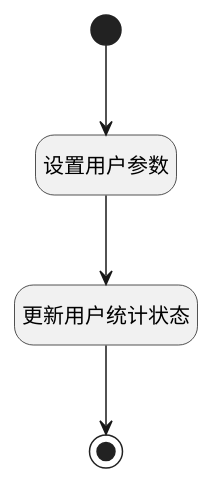
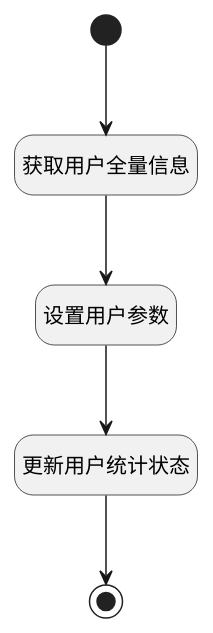
The diagram in doc/docsify/module/Base/user/logic/set_report_flag.md (iBizLab/plm), drawn with PlantUML before and after one commit. The commit also changed other lines of this file and 1276 other files, not shown here.

````diff
--- a/doc/docsify/module/Base/user/logic/set_report_flag.md
+++ b/doc/docsify/module/Base/user/logic/set_report_flag.md
@@ -7,23 +7,25 @@
 ```plantuml
 @startuml
 hide empty description
 <style>
 root {
   HyperlinkColor #42b983
 }
 </style>
 
 hide empty description
 state "开始" as Begin <<start>> [[$./set_report_flag#begin {"开始"}]]
+state "获取用户全量信息" as DEACTION2  [[$./set_report_flag#deaction2 {"获取用户全量信息"}]]
 state "设置用户参数" as PREPAREPARAM1  [[$./set_report_flag#prepareparam1 {"设置用户参数"}]]
 state "更新用户统计状态" as DEACTION1  [[$./set_report_flag#deaction1 {"更新用户统计状态"}]]
 state "结束" as END1 <<end>> [[$./set_report_flag#end1 {"结束"}]]
 
 
-Begin --> PREPAREPARAM1
+Begin --> DEACTION2
+DEACTION2 --> PREPAREPARAM1
 PREPAREPARAM1 --> DEACTION1
 DEACTION1 --> END1
 
 
 @enduml
 ```
````
